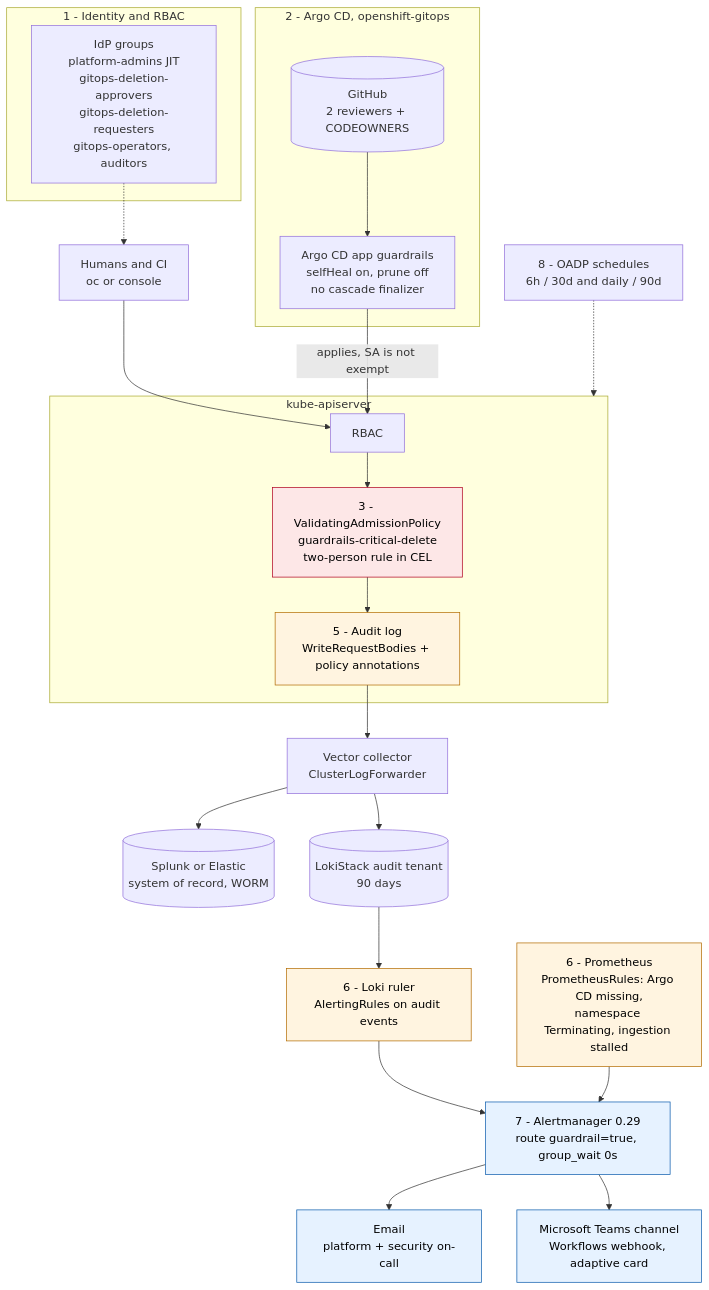
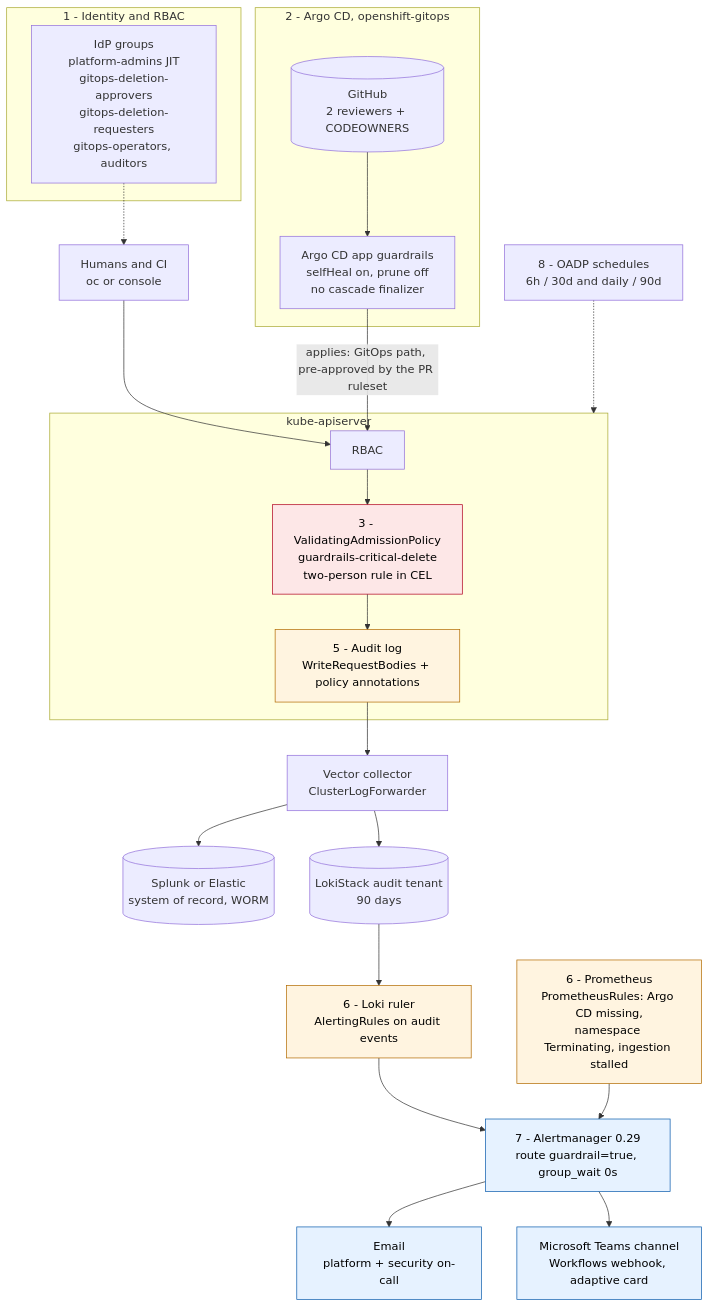
Before and after one commit to a2z-ice/openshift-gaurdtail: the first of 2 diagrams in README.md, drawn with Mermaid. The commit also changed other lines of this file and 86 other files, not shown here.

First line of the commit message:
Audit fixes, GitOps trust model, implementation guide, readiness review, HTML portal (#1)

````diff
--- a/README.md
+++ b/README.md
@@ -18,36 +27,36 @@
 ```mermaid
 flowchart TB
     subgraph L1["1 - Identity and RBAC"]
         IdP["IdP groups<br/>platform-admins JIT<br/>gitops-deletion-approvers<br/>gitops-deletion-requesters<br/>gitops-operators, auditors"]
     end
     subgraph L2["2 - Argo CD, openshift-gitops"]
         Git[("GitHub<br/>2 reviewers + CODEOWNERS")]
         ArgoCD["Argo CD app guardrails<br/>selfHeal on, prune off<br/>no cascade finalizer"]
         Git --> ArgoCD
     end
     subgraph API["kube-apiserver"]
         RBAC["RBAC"]
         VAP["3 - ValidatingAdmissionPolicy<br/>guardrails-critical-delete<br/>two-person rule in CEL"]
         Audit["5 - Audit log<br/>WriteRequestBodies + policy annotations"]
         RBAC --> VAP --> Audit
     end
     Users["Humans and CI<br/>oc or console"] --> RBAC
     IdP -.-> Users
-    ArgoCD -- "applies, SA is not exempt" --> RBAC
+    ArgoCD -- "applies: GitOps path, pre-approved by the PR ruleset" --> RBAC
     Audit --> Vector["Vector collector<br/>ClusterLogForwarder"]
     Vector --> SIEM[("Splunk or Elastic<br/>system of record, WORM")]
     Vector --> Loki[("LokiStack audit tenant<br/>90 days")]
     Loki --> Ruler["6 - Loki ruler<br/>AlertingRules on audit events"]
     Prom["6 - Prometheus<br/>PrometheusRules: Argo CD missing,<br/>namespace Terminating, ingestion stalled"]
     Ruler --> AM["7 - Alertmanager 0.29<br/>route guardrail=true, group_wait 0s"]
     Prom --> AM
     AM --> Email["Email<br/>platform + security on-call"]
     AM --> Teams["Microsoft Teams channel<br/>Workflows webhook, adaptive card"]
     OADP["8 - OADP schedules<br/>6h / 30d and daily / 90d"] -.-> API
     classDef control fill:#fde7e7,stroke:#b00020,color:#000
     classDef detect fill:#fff4e0,stroke:#b36b00,color:#000
     classDef notify fill:#e6f2ff,stroke:#0b5cad,color:#000
     class VAP control
     class Ruler,Prom,Audit detect
     class AM,Email,Teams notify
 ```
````
